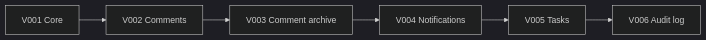
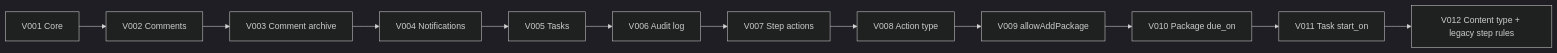
The seventh of 10 diagrams in docs/ARCHITECTURE_DIAGRAM.md (russdanner/plugin-studio-workflow), drawn with Mermaid (dark theme) before and after one commit. The commit also changed other lines of this file and 58 other files, not shown here.

````diff
--- a/docs/ARCHITECTURE_DIAGRAM.md
+++ b/docs/ARCHITECTURE_DIAGRAM.md
@@ -157,8 +160,14 @@
 ```mermaid
 flowchart LR
     V1[V001 Core] --> V2[V002 Comments]
     V2 --> V3[V003 Comment archive]
     V3 --> V4[V004 Notifications]
     V4 --> V5[V005 Tasks]
     V5 --> V6[V006 Audit log]
+    V6 --> V7[V007 Step actions]
+    V7 --> V8[V008 Action type]
+    V8 --> V9[V009 allowAddPackage]
+    V9 --> V10[V010 Package due_on]
+    V10 --> V11[V011 Task start_on]
+    V11 --> V12[V012 Content type + legacy step rules]
 ```
````
